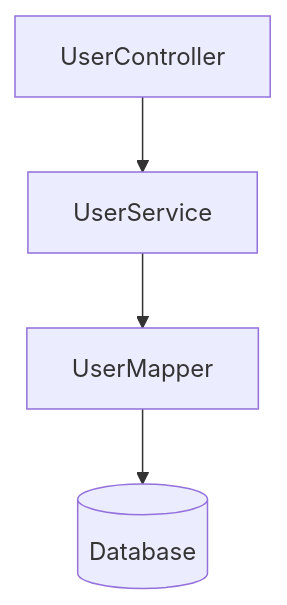
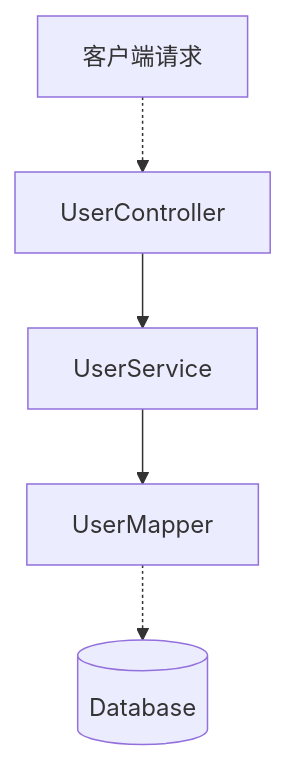
One commit to h13-0/Notebooks changed the diagram in 前后端编程/SSM框架/SpringFramework/Spring Framework基础.md. Above: the diagram before and after it, drawn with Mermaid. The commit also changed other lines of this file and 1 other file, not shown here.

````diff
--- a/前后端编程/SSM框架/SpringFramework/Spring Framework基础.md
+++ b/前后端编程/SSM框架/SpringFramework/Spring Framework基础.md
@@ -153,6 +153,7 @@
 ```mermaid
 flowchart TB
-	A[UserController] --> B[UserService]
-	B --> C[UserMapper]
-	C --> D[(Database)]
+	A[客户端请求] -.-> B[UserController]
+	B --> C[UserService]
+	C --> D[UserMapper]
+	D -.-> E[(Database)]
 ```
````
